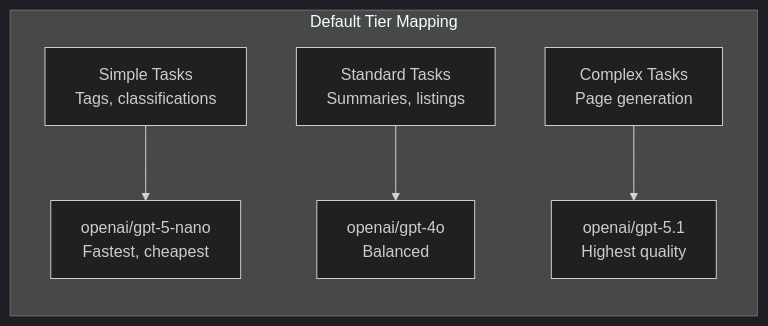
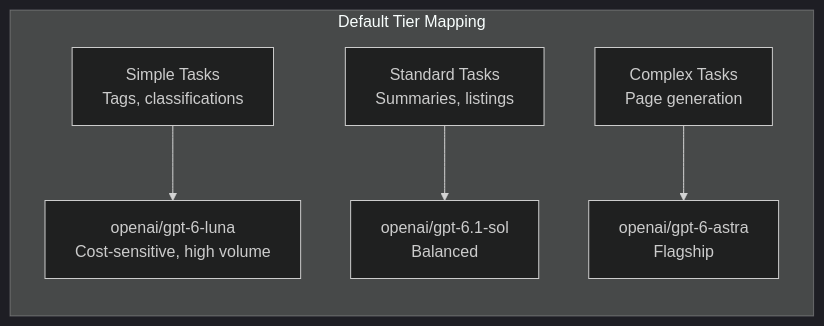
One commit to ever-works/ever-works changed the second of 5 diagrams in docs/plugin-system/openrouter-plugin.md. Above: the diagram before and after it, drawn with Mermaid (dark theme). The commit also changed other lines of this file and 23 other files, not shown here.

````diff
--- a/docs/plugin-system/openrouter-plugin.md
+++ b/docs/plugin-system/openrouter-plugin.md
@@ -79,8 +86,8 @@
 ```mermaid
 graph LR
     subgraph "Default Tier Mapping"
-        S["Simple Tasks<br/>Tags, classifications"] --> SM["openai/gpt-5-nano<br/>Fastest, cheapest"]
-        M["Standard Tasks<br/>Summaries, listings"] --> MM["openai/gpt-4o<br/>Balanced"]
-        C["Complex Tasks<br/>Page generation"] --> CM["openai/gpt-5.1<br/>Highest quality"]
+        S["Simple Tasks<br/>Tags, classifications"] --> SM["openai/gpt-6-luna<br/>Cost-sensitive, high volume"]
+        M["Standard Tasks<br/>Summaries, listings"] --> MM["openai/gpt-6.1-sol<br/>Balanced"]
+        C["Complex Tasks<br/>Page generation"] --> CM["openai/gpt-6-astra<br/>Flagship"]
     end
 ```
````
